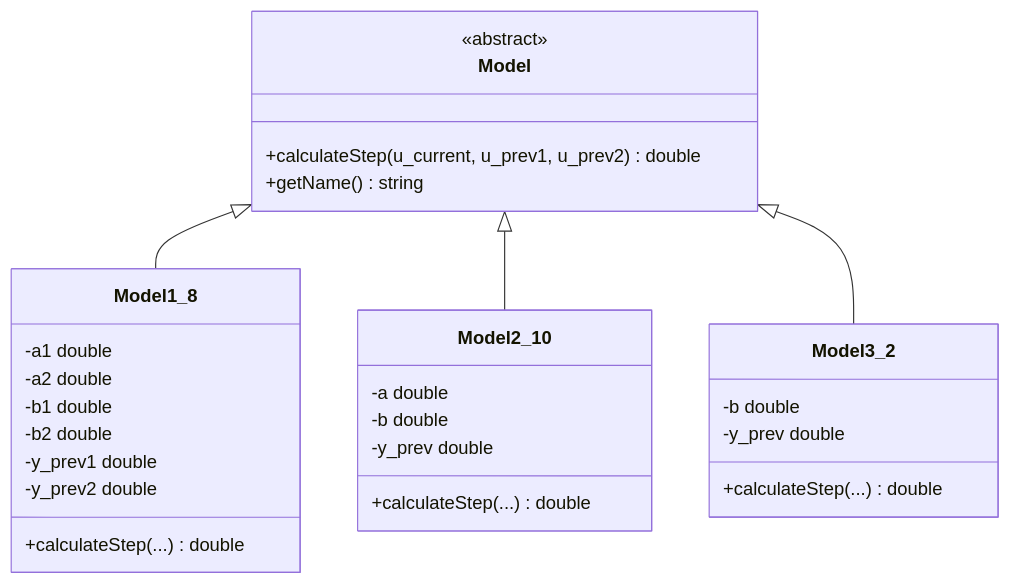
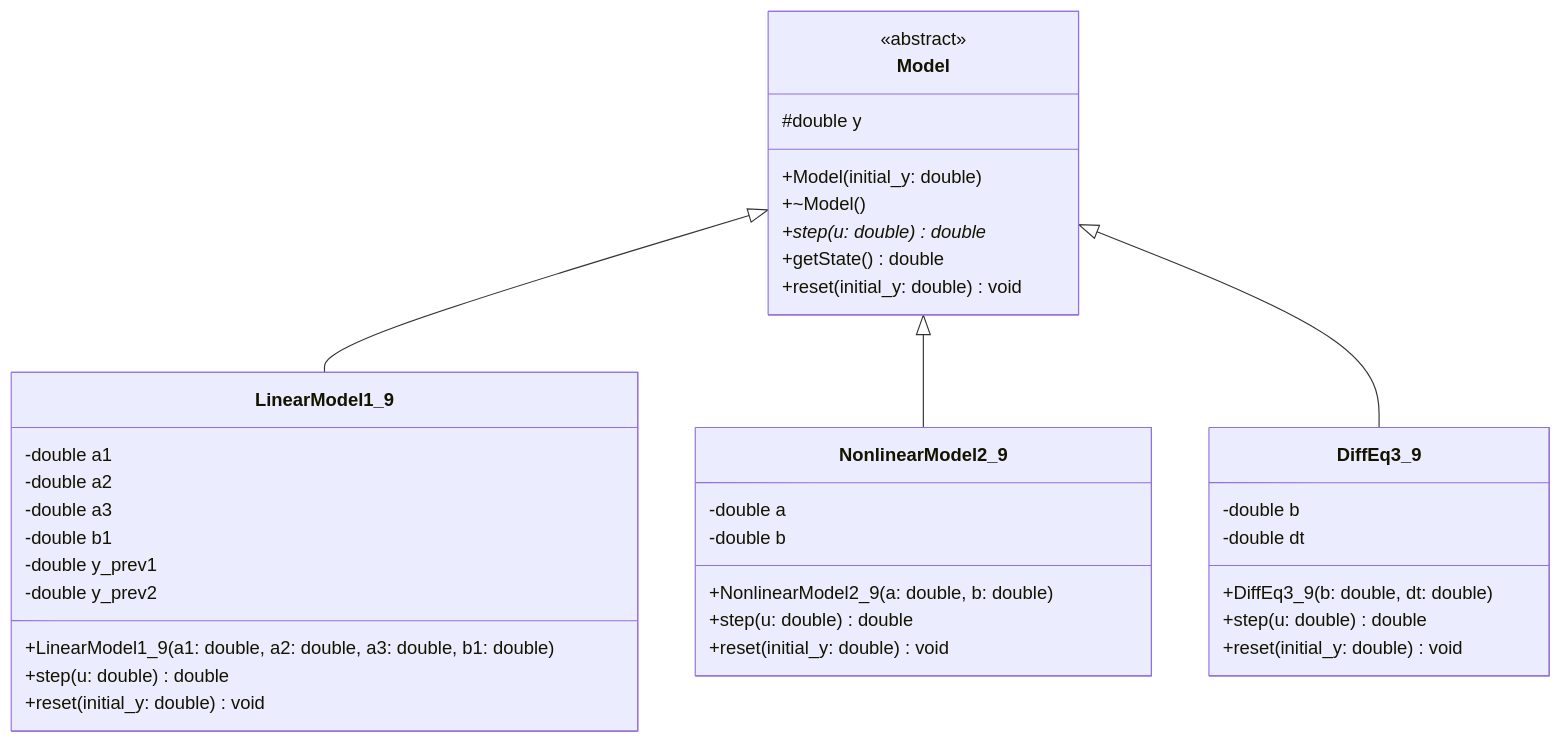
Before and after one commit to brstu/OTIS-2026: the diagram in trunk/ii03008/task_01/doc/readme.md, drawn with Mermaid. The commit also changed other lines of this file and 36 other files, not shown here.

````diff
--- a/trunk/ii03008/task_01/doc/readme.md
+++ b/trunk/ii03008/task_01/doc/readme.md
@@ -55,31 +46,44 @@
 ```mermaid
 classDiagram
     class Model {
         <<abstract>>
-        +calculateStep(u_current, u_prev1, u_prev2) double
-        +getName() string
+        #double y
+        +Model(initial_y: double)
+        +~Model()
+        +step(u: double)* double
+        +getState() double
+        +reset(initial_y: double) void
     }
-    class Model1_8 {
-        -a1 double
-        -a2 double
-        -b1 double
-        -b2 double
-        -y_prev1 double
-        -y_prev2 double
-        +calculateStep(...) double
+
+    class LinearModel1_9 {
+        -double a1
+        -double a2
+        -double a3
+        -double b1
+        -double y_prev1
+        -double y_prev2
+        +LinearModel1_9(a1: double, a2: double, a3: double, b1: double)
+        +step(u: double) double
+        +reset(initial_y: double) void
     }
-    class Model2_10 {
-        -a double
-        -b double
-        -y_prev double
-        +calculateStep(...) double
+
+    class NonlinearModel2_9 {
+        -double a
+        -double b
+        +NonlinearModel2_9(a: double, b: double)
+        +step(u: double) double
+        +reset(initial_y: double) void
     }
-    class Model3_2 {
-        -b double
-        -y_prev double
-        +calculateStep(...) double
+
+    class DiffEq3_9 {
+        -double b
+        -double dt
+        +DiffEq3_9(b: double, dt: double)
+        +step(u: double) double
+        +reset(initial_y: double) void
     }
-    Model <|-- Model1_8
-    Model <|-- Model2_10
-    Model <|-- Model3_2
+
+    Model <|-- LinearModel1_9
+    Model <|-- NonlinearModel2_9
+    Model <|-- DiffEq3_9
 ```
````
